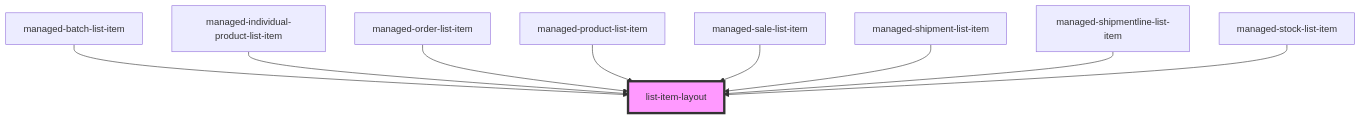
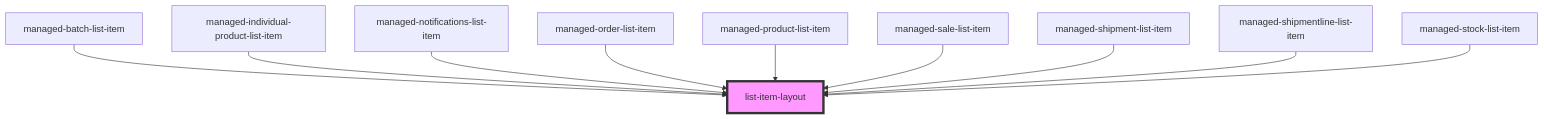
The diagram in pdm-web-components/src/components/list-item-layout/readme.md (PharmaLedger-IMI/fgt-workspace), drawn with Mermaid before and after one commit. The commit also changed other lines of this file and 3 other files, not shown here.

````diff
--- a/pdm-web-components/src/components/list-item-layout/readme.md
+++ b/pdm-web-components/src/components/list-item-layout/readme.md
@@ -33,12 +34,13 @@
 ```mermaid
 graph TD;
   managed-batch-list-item --> list-item-layout
   managed-individual-product-list-item --> list-item-layout
+  managed-notifications-list-item --> list-item-layout
   managed-order-list-item --> list-item-layout
   managed-product-list-item --> list-item-layout
   managed-sale-list-item --> list-item-layout
   managed-shipment-list-item --> list-item-layout
   managed-shipmentline-list-item --> list-item-layout
   managed-stock-list-item --> list-item-layout
   style list-item-layout fill:#f9f,stroke:#333,stroke-width:4px
 ```
````
